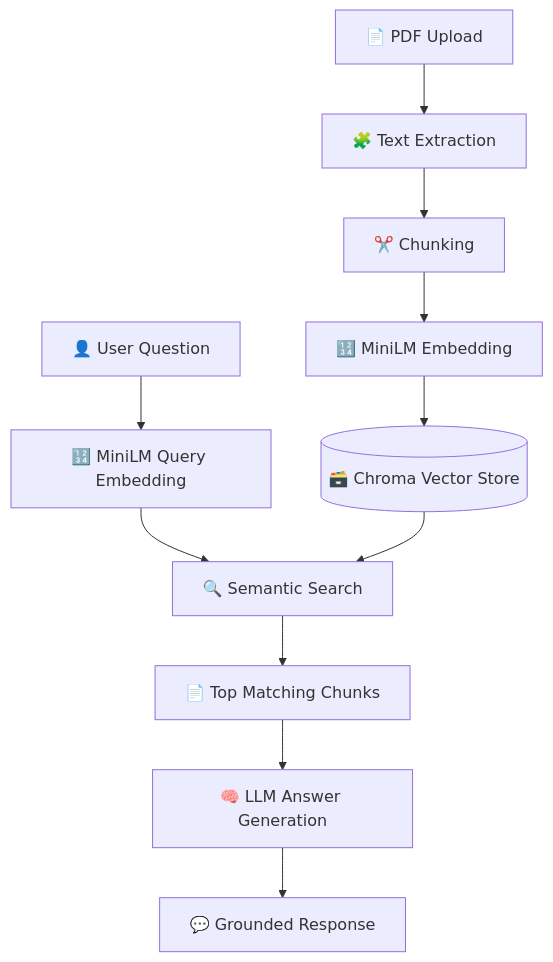
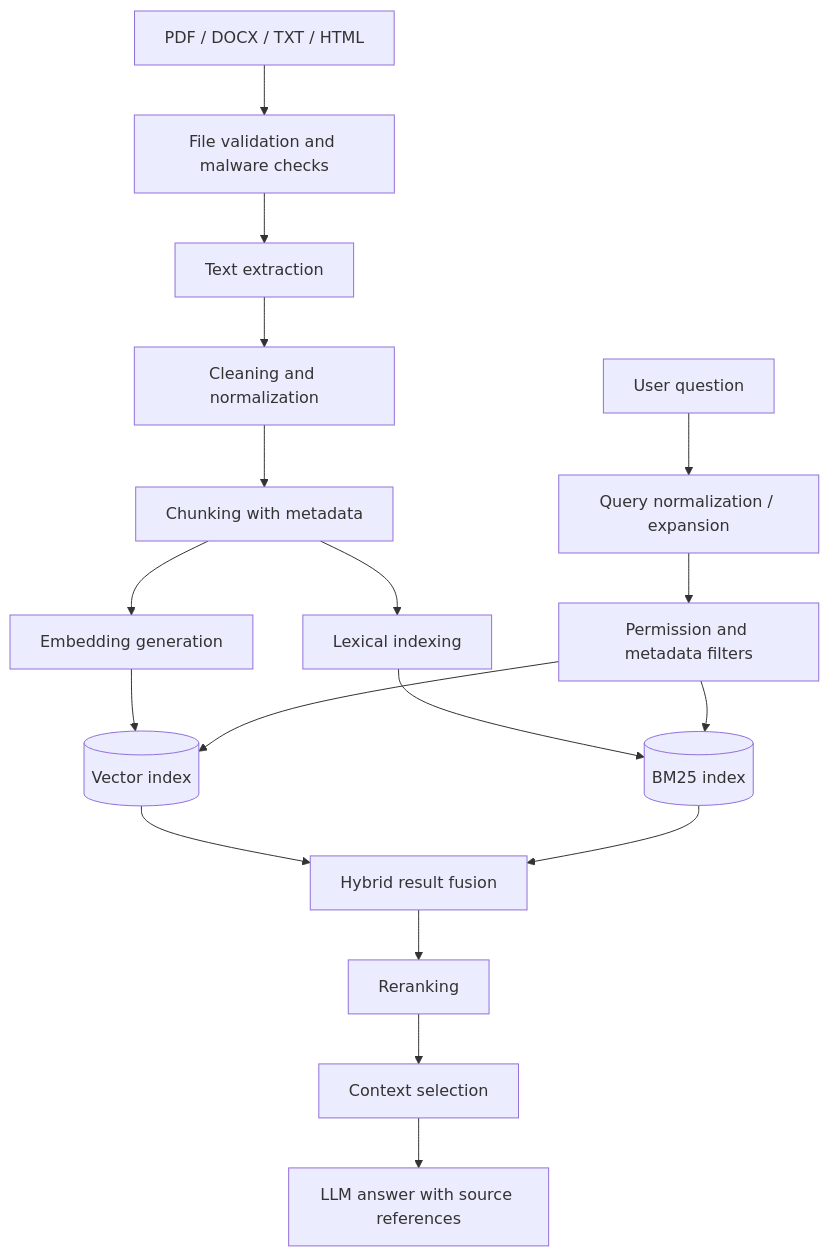
One commit to pradeep-1995/workmate-ai-langgraph-rag-agents changed the fifth of 7 diagrams in README.md. Above: the diagram before and after it, drawn with Mermaid. The commit also changed other lines of this file, not shown here.

````diff
--- a/README.md
+++ b/README.md
@@ -141,14 +298,21 @@
 ```mermaid
 flowchart TD
-    A[📄 PDF Upload] --> B[🧩 Text Extraction]
-    B --> C[✂️ Chunking]
-    C --> D[🔢 MiniLM Embedding]
-    D --> E[(🗃️ Chroma Vector Store)]
+    A[PDF / DOCX / TXT / HTML] --> B[File validation and malware checks]
+    B --> C[Text extraction]
+    C --> D[Cleaning and normalization]
+    D --> E[Chunking with metadata]
+    E --> F[Embedding generation]
+    E --> G[Lexical indexing]
+    F --> H[(Vector index)]
+    G --> I[(BM25 index)]
 
-    F[👤 User Question] --> G[🔢 MiniLM Query Embedding]
-    G --> H[🔍 Semantic Search]
-    E --> H
-    H --> I[📄 Top Matching Chunks]
-    I --> J[🧠 LLM Answer Generation]
-    J --> K[💬 Grounded Response]
+    Q[User question] --> J[Query normalization / expansion]
+    J --> K[Permission and metadata filters]
+    K --> H
+    K --> I
+    H --> L[Hybrid result fusion]
+    I --> L
+    L --> M[Reranking]
+    M --> N[Context selection]
+    N --> O[LLM answer with source references]
 ```
````
